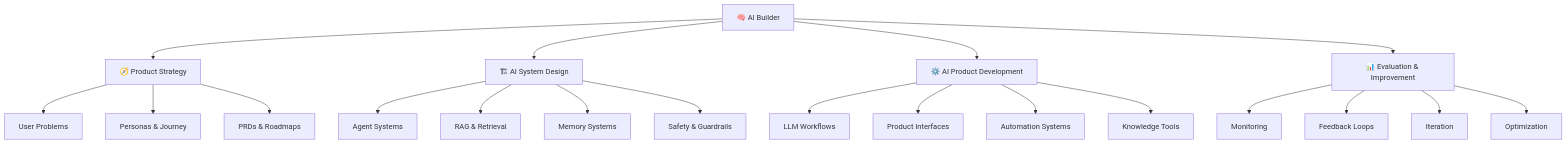
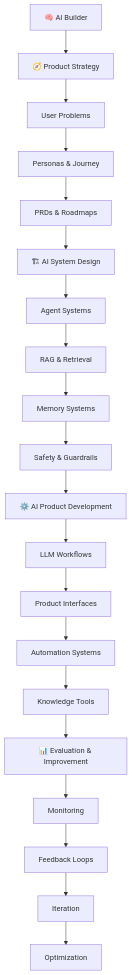
Before and after one commit to herominutes/herominutes: the second of 4 diagrams in README.md, drawn with Mermaid.

````diff
--- a/README.md
+++ b/README.md
@@ -45,32 +47,28 @@
 ```mermaid
 flowchart TD
 
 A[🧠 AI Builder]
 
 A --> B[🧭 Product Strategy]
+B --> B1[User Problems]
+B1 --> B2[Personas & Journey]
+B2 --> B3[PRDs & Roadmaps]
 
-B --> B1[User Problems]
-B --> B2[Personas & Journey]
-B --> B3[PRDs & Roadmaps]
+B3 --> C[🏗 AI System Design]
+C --> C1[Agent Systems]
+C1 --> C2[RAG & Retrieval]
+C2 --> C3[Memory Systems]
+C3 --> C4[Safety & Guardrails]
 
-A --> C[🏗 AI System Design]
+C4 --> D[⚙️ AI Product Development]
+D --> D1[LLM Workflows]
+D1 --> D2[Product Interfaces]
+D2 --> D3[Automation Systems]
+D3 --> D4[Knowledge Tools]
 
-C --> C1[Agent Systems]
-C --> C2[RAG & Retrieval]
-C --> C3[Memory Systems]
-C --> C4[Safety & Guardrails]
-
-A --> D[⚙️ AI Product Development]
-
-D --> D1[LLM Workflows]
-D --> D2[Product Interfaces]
-D --> D3[Automation Systems]
-D --> D4[Knowledge Tools]
-
-A --> E[📊 Evaluation & Improvement]
-
+D4 --> E[📊 Evaluation & Improvement]
 E --> E1[Monitoring]
-E --> E2[Feedback Loops]
-E --> E3[Iteration]
-E --> E4[Optimization]
+E1 --> E2[Feedback Loops]
+E2 --> E3[Iteration]
+E3 --> E4[Optimization]
 ```
````
